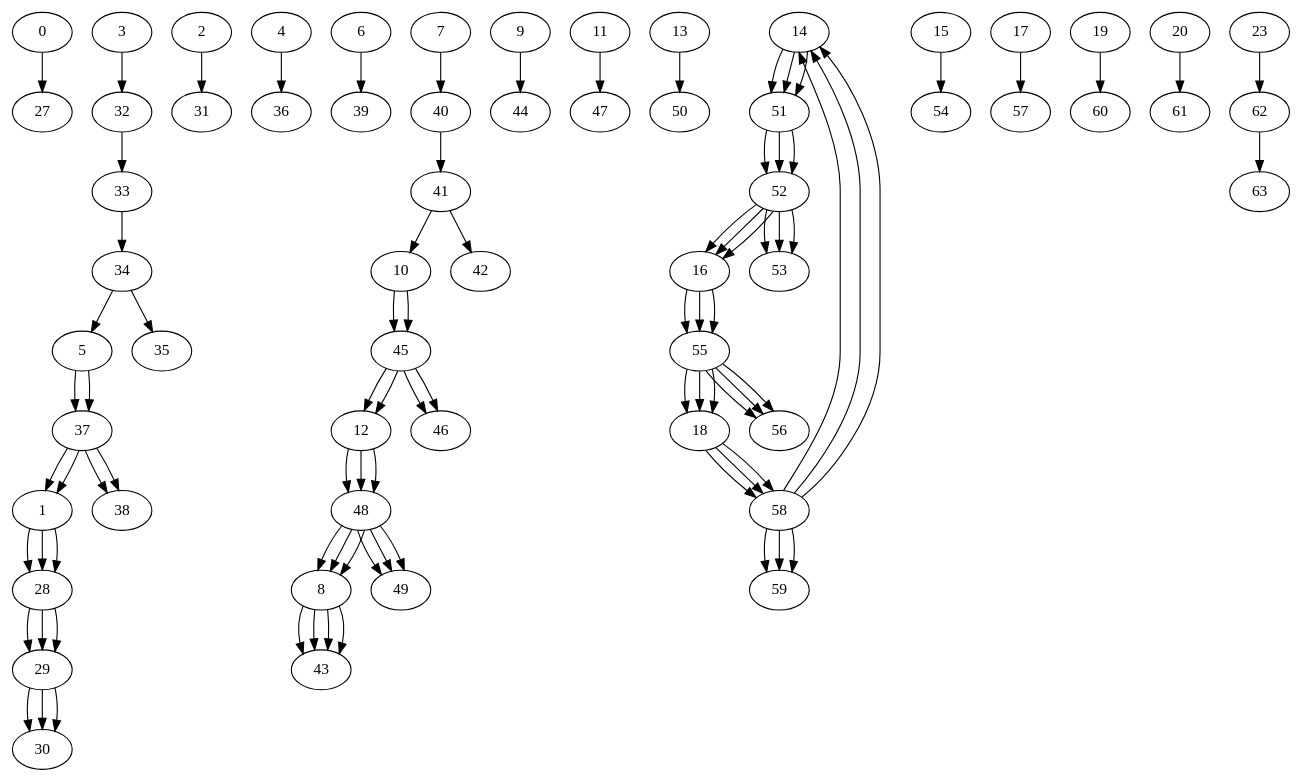
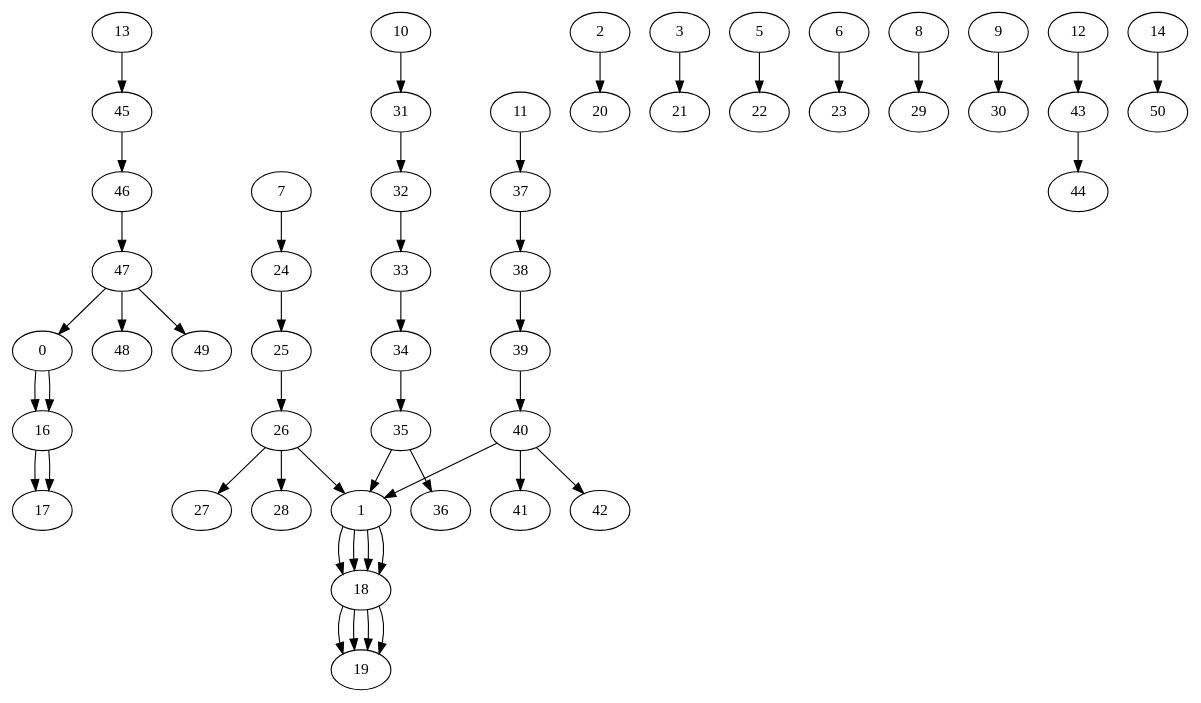
The diagram in backend/trace.dot (SR9064/nft-security-analyzer), drawn with Graphviz before and after one commit. The commit also changed 2 other files, not shown here.

```diff
--- a/backend/trace.dot
+++ b/backend/trace.dot
@@ -1,88 +1,49 @@
 digraph ExecutionTrace {
-  "0" -> "27";
-  "1" -> "28";
-  "1" -> "28";
-  "1" -> "28";
-  "28" -> "29";
-  "28" -> "29";
-  "28" -> "29";
-  "29" -> "30";
-  "29" -> "30";
-  "29" -> "30";
-  "2" -> "31";
-  "3" -> "32";
+  "0" -> "16";
+  "0" -> "16";
+  "16" -> "17";
+  "16" -> "17";
+  "1" -> "18";
+  "1" -> "18";
+  "1" -> "18";
+  "1" -> "18";
+  "18" -> "19";
+  "18" -> "19";
+  "18" -> "19";
+  "18" -> "19";
+  "2" -> "20";
+  "3" -> "21";
+  "5" -> "22";
+  "6" -> "23";
+  "7" -> "24";
+  "24" -> "25";
+  "25" -> "26";
+  "26" -> "1";
+  "26" -> "27";
+  "26" -> "28";
+  "8" -> "29";
+  "9" -> "30";
+  "10" -> "31";
+  "31" -> "32";
   "32" -> "33";
   "33" -> "34";
-  "34" -> "5";
   "34" -> "35";
-  "5" -> "37";
-  "5" -> "37";
-  "37" -> "1";
+  "35" -> "1";
+  "35" -> "36";
+  "11" -> "37";
   "37" -> "38";
-  "37" -> "1";
-  "37" -> "38";
-  "4" -> "36";
-  "6" -> "39";
-  "7" -> "40";
+  "38" -> "39";
+  "39" -> "40";
+  "40" -> "1";
   "40" -> "41";
-  "41" -> "10";
-  "41" -> "42";
-  "10" -> "45";
-  "10" -> "45";
-  "45" -> "12";
+  "40" -> "42";
+  "12" -> "43";
+  "43" -> "44";
+  "13" -> "45";
   "45" -> "46";
-  "45" -> "12";
-  "45" -> "46";
-  "12" -> "48";
-  "12" -> "48";
-  "12" -> "48";
-  "48" -> "8";
-  "48" -> "49";
-  "48" -> "8";
-  "48" -> "49";
-  "48" -> "8";
-  "48" -> "49";
-  "8" -> "43";
-  "8" -> "43";
-  "8" -> "43";
-  "8" -> "43";
-  "9" -> "44";
-  "11" -> "47";
-  "13" -> "50";
-  "14" -> "51";
-  "14" -> "51";
-  "14" -> "51";
-  "51" -> "52";
-  "51" -> "52";
-  "51" -> "52";
-  "52" -> "16";
-  "52" -> "53";
-  "52" -> "16";
-  "52" -> "53";
-  "52" -> "16";
-  "52" -> "53";
-  "16" -> "55";
-  "16" -> "55";
-  "16" -> "55";
-  "55" -> "18";
-  "55" -> "56";
-  "55" -> "18";
-  "55" -> "56";
-  "55" -> "18";
-  "55" -> "56";
-  "18" -> "58";
-  "18" -> "58";
-  "18" -> "58";
-  "58" -> "14";
-  "58" -> "59";
-  "58" -> "14";
-  "58" -> "59";
-  "58" -> "14";
-  "58" -> "59";
-  "15" -> "54";
-  "17" -> "57";
-  "19" -> "60";
-  "20" -> "61";
-  "23" -> "62";
-  "62" -> "63";
+  "46" -> "47";
+  "47" -> "0";
+  "47" -> "48";
+  "47" -> "49";
+  "14" -> "50";
 }
```
